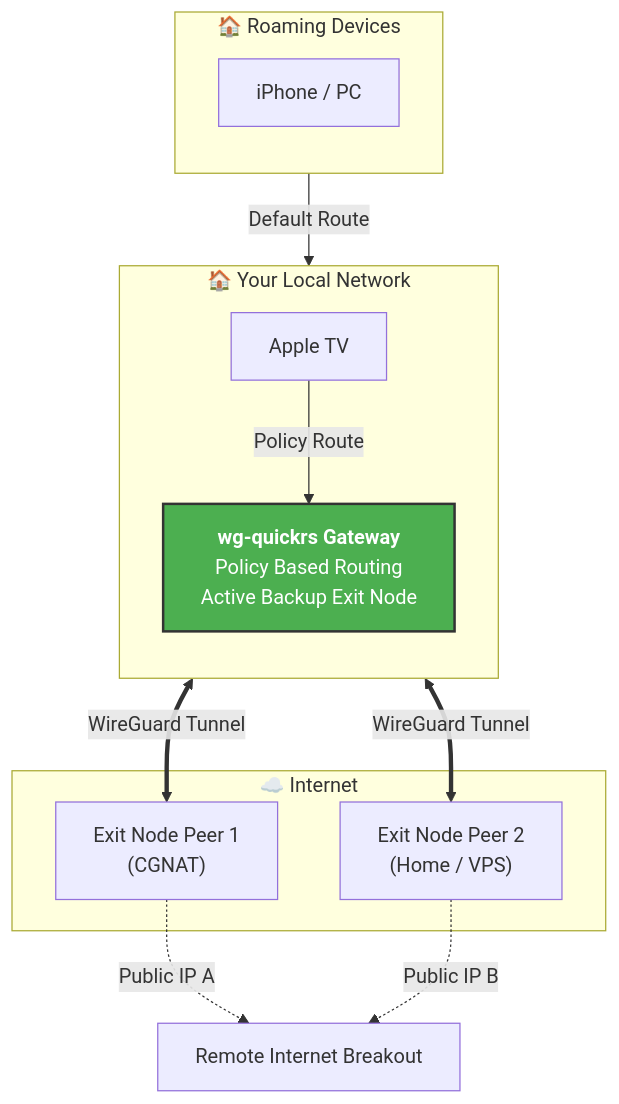
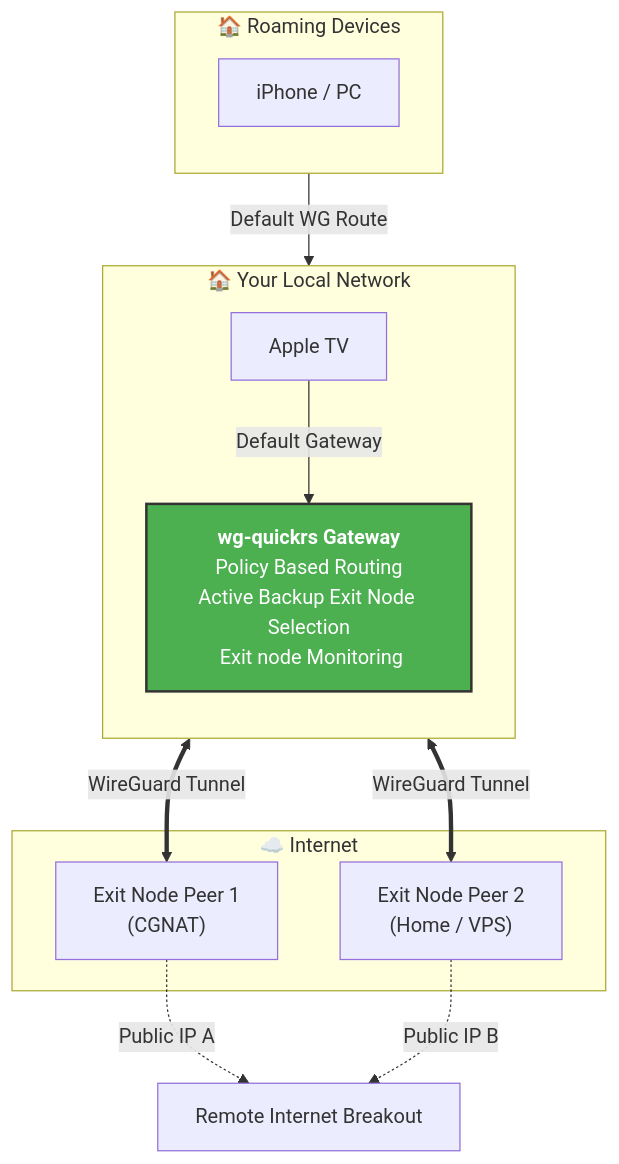
One commit to grizzy255/wg-quickrs-router changed the diagram in README.md. Above: the diagram before and after it, drawn with Mermaid.

Commit message:
fix: Remove HTML tags from mermaid diagram for GitHub compatibility

````diff
--- a/README.md
+++ b/README.md
@@ -33,35 +33,35 @@
 ```mermaid
 flowchart TD
     subgraph LAN ["🏠 Your Local Network"]
         direction TB
         ATV["Apple TV"]
         
         %% Use <br/> to break lines manually
         Gateway["<b>wg-quickrs Gateway</b><br/>Policy Based Routing<br/>Active Backup Exit Node"]
     end
 
     subgraph Local Internet ["🏠 Roaming Devices"]
         direction TB
         iPhone["iPhone / PC"]
     
         %% Use <br/> to break lines manually
-        Gateway["<b>wg-quickrs Gateway</b><br/>Policy Based Routing<br/>Active Backup Exit Node"]
+        Gateway["<b>wg-quickrs Gateway</b><br/>Policy Based Routing<br/>Active Backup Exit Node Selection<br/> Exit node Monitoring"]
     end
     subgraph Internet ["☁️ Internet"]
         Remote1["Exit Node Peer 1<br/>(CGNAT)"]
         Remote2["Exit Node Peer 2<br/>(Home / VPS)"]
     end
 
     %% Connections
-    iPhone -->|Default Route| Gateway
-    ATV -->|Policy Route| Gateway
+    iPhone -->|Default WG Route| Gateway
+    ATV -->|Default Gateway | Gateway
     
     Gateway <==>|WireGuard Tunnel| Remote1
     Gateway <==>|WireGuard Tunnel| Remote2
     
     Remote1 -.->|Public IP A| World["Remote Internet Breakout"]
     Remote2 -.->|Public IP B| World
 
     %% Styling
     style Gateway fill:#4CAF50,stroke:#333,stroke-width:2px,color:#fff
 ```
````
